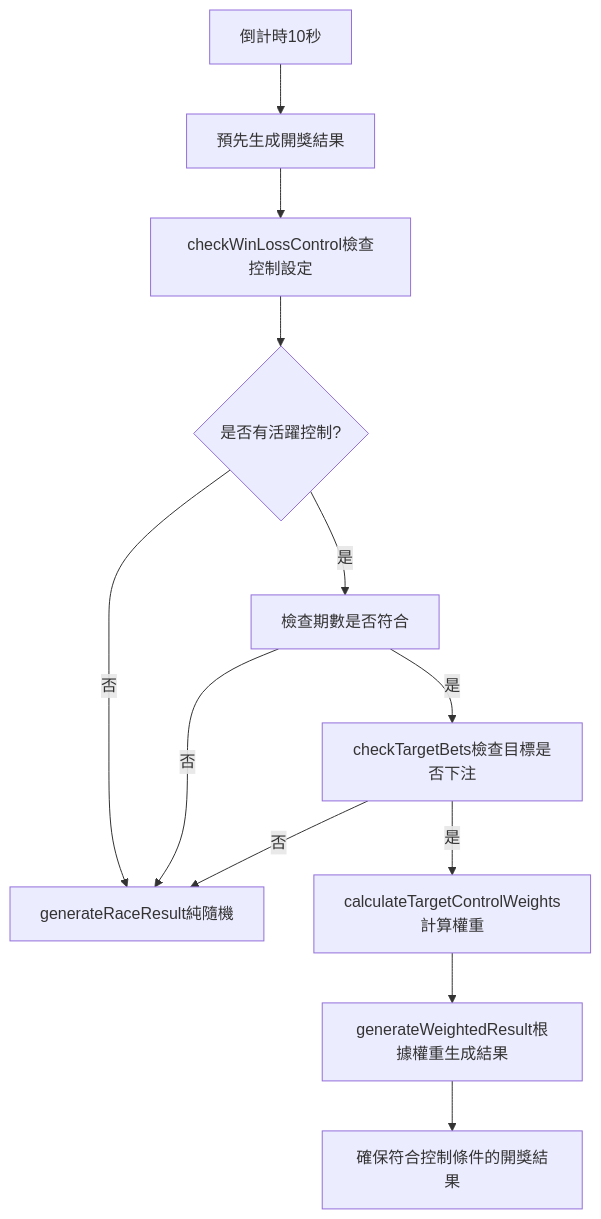
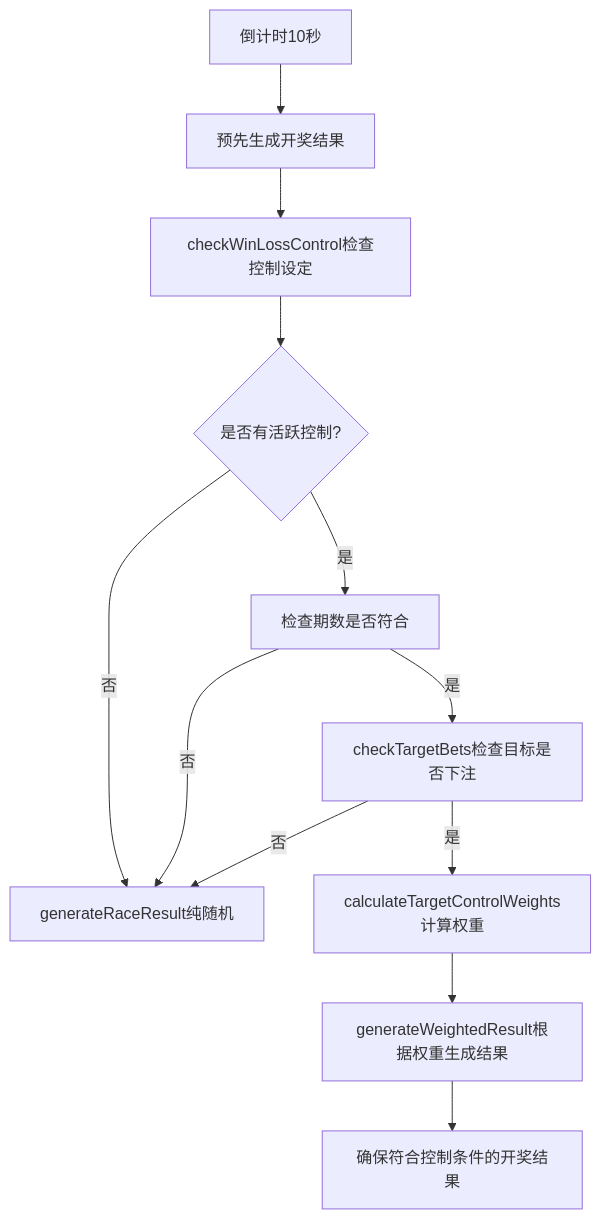
Before and after one commit to qazasd2518995/Bet: the diagram in deploy/控制輸贏系統驗證報告.md, drawn with Mermaid. The commit also changed other lines of this file and 1018 other files, not shown here.

````diff
--- a/deploy/控制輸贏系統驗證報告.md
+++ b/deploy/控制輸贏系統驗證報告.md
@@ -18,14 +18,14 @@
 ```mermaid
 graph TD
-    A[倒計時10秒] --> B[預先生成開獎結果]
-    B --> C[checkWinLossControl檢查控制設定]
-    C --> D{是否有活躍控制?}
-    D -->|否| E[generateRaceResult純隨機]
-    D -->|是| F[檢查期數是否符合]
+    A[倒计时10秒] --> B[预先生成开奖结果]
+    B --> C[checkWinLossControl检查控制设定]
+    C --> D{是否有活跃控制?}
+    D -->|否| E[generateRaceResult纯随机]
+    D -->|是| F[检查期数是否符合]
     F -->|否| E
-    F -->|是| G[checkTargetBets檢查目標是否下注]
+    F -->|是| G[checkTargetBets检查目标是否下注]
     G -->|否| E
-    G -->|是| H[calculateTargetControlWeights計算權重]
-    H --> I[generateWeightedResult根據權重生成結果]
-    I --> J[確保符合控制條件的開獎結果]
+    G -->|是| H[calculateTargetControlWeights计算权重]
+    H --> I[generateWeightedResult根据权重生成结果]
+    I --> J[确保符合控制条件的开奖结果]
 ```
````
